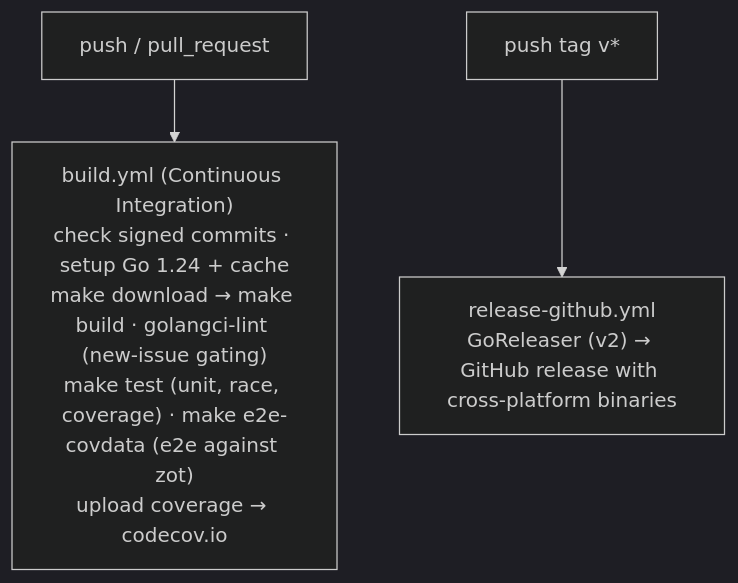
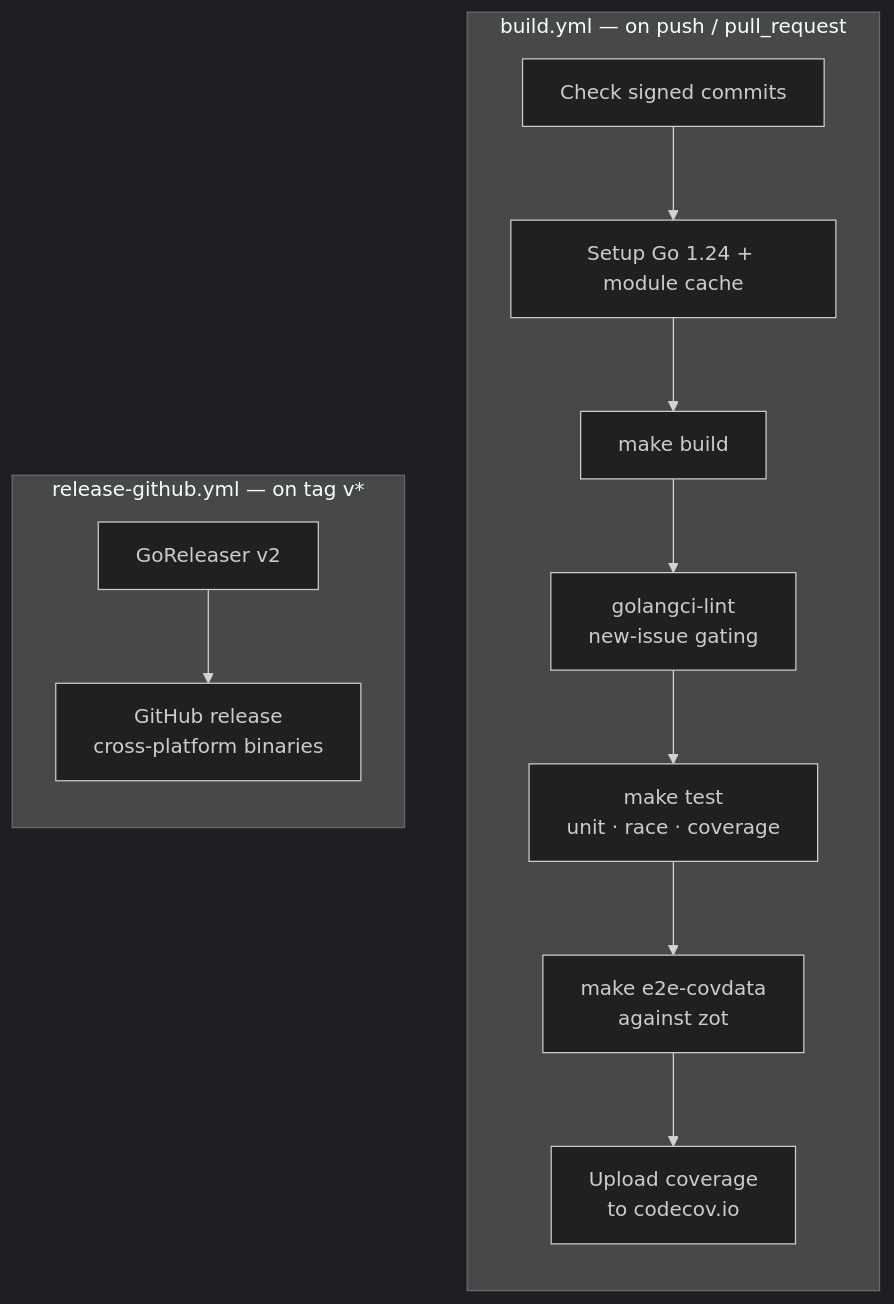
Before and after one commit to notaryproject/notation: the fourth of 4 diagrams in ARCHITECTURE.md, drawn with Mermaid (dark theme). The commit also changed other lines of this file, not shown here.

First line of the commit message:
docs: redesign mermaid diagrams and clarify Trust Model source of truth

````diff
--- a/ARCHITECTURE.md
+++ b/ARCHITECTURE.md
@@ -110,10 +107,17 @@
 ```mermaid
 flowchart TD
-    Trigger["push / pull_request"]
-    Build["build.yml (Continuous Integration)<br/>check signed commits · setup Go 1.24 + cache<br/>make download → make build · golangci-lint (new-issue gating)<br/>make test (unit, race, coverage) · make e2e-covdata (e2e against zot)<br/>upload coverage → codecov.io"]
-    Tag["push tag v*"]
-    Release["release-github.yml<br/>GoReleaser (v2) → GitHub release with cross-platform binaries"]
+    subgraph CI["build.yml — on push / pull_request"]
+        direction TB
+        S1["Check signed commits"] --> S2["Setup Go 1.24 + module cache"]
+        S2 --> S3["make build"]
+        S3 --> S4["golangci-lint<br/>new-issue gating"]
+        S4 --> S5["make test<br/>unit · race · coverage"]
+        S5 --> S6["make e2e-covdata<br/>against zot"]
+        S6 --> S7["Upload coverage<br/>to codecov.io"]
+    end
 
-    Trigger --> Build
-    Tag --> Release
+    subgraph Release["release-github.yml — on tag v*"]
+        direction TB
+        T1["GoReleaser v2"] --> T2["GitHub release<br/>cross-platform binaries"]
+    end
 ```
````
